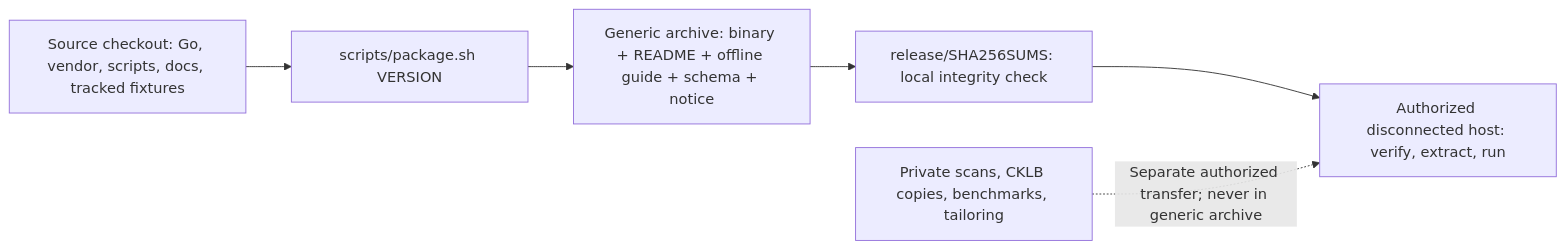
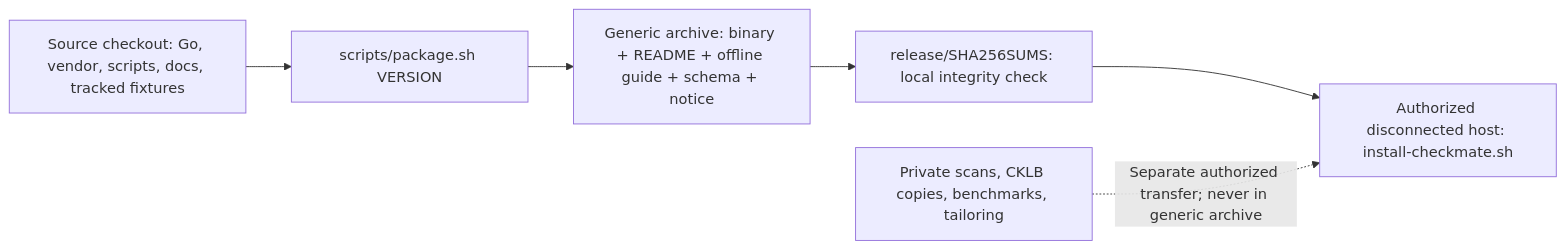
One commit to zcook44/checkmate changed the second of 2 diagrams in README.md. Above: the diagram before and after it, drawn with Mermaid. The commit also changed other lines of this file and 10 other files, not shown here.

First line of the commit message:
Install Checkmate from its release tarball and complete its flags for every user.

````diff
--- a/README.md
+++ b/README.md
@@ -183,8 +181,8 @@
 ```mermaid
 flowchart LR
     source["Source checkout: Go, vendor, scripts, docs, tracked fixtures"] --> pack["scripts/package.sh VERSION"]
     pack --> generic["Generic archive: binary + README + offline guide + schema + notice"]
     generic --> checksum["release/SHA256SUMS: local integrity check"]
-    checksum --> offline["Authorized disconnected host: verify, extract, run"]
+    checksum --> offline["Authorized disconnected host: install-checkmate.sh"]
     private["Private scans, CKLB copies, benchmarks, tailoring"] -.->|Separate authorized transfer; never in generic archive| offline
 ```
````
